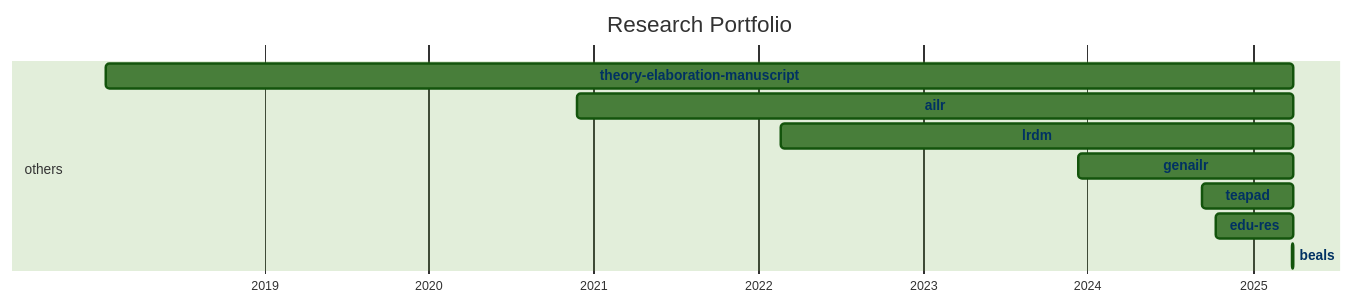
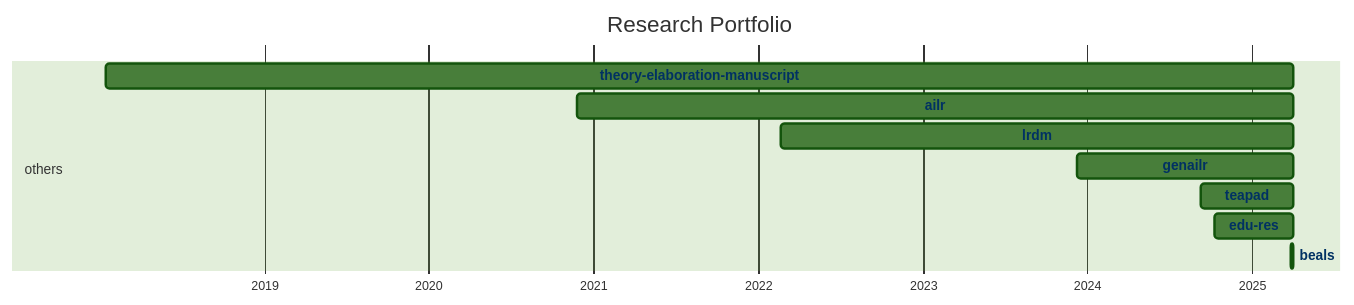
One commit to digital-work-lab/handbook changed the diagram in docs/20-research/25-projects-gantt.md. Above: the diagram before and after it, drawn with Mermaid (forest theme). The commit also changed 11 other files, not shown here.

````diff
--- a/docs/20-research/25-projects-gantt.md
+++ b/docs/20-research/25-projects-gantt.md
@@ -8,33 +8,33 @@
 ```mermaid
 ---
 displayMode: compact
 ---
 gantt
 title Research Portfolio
 dateFormat YYYY-MM-DD
 axisFormat %Y
 
     section work_practices
 
     section distributed_organizing
 
     section knowledge_synthesis
 
     section others
-        beals :beals, 2025-03-28, 2025-04-01
-        edu-res :edu-res, 2024-10-10, 2025-04-01
-        teapad :teapad, 2024-09-10, 2025-04-01
-        genailr :genailr, 2023-12-10, 2025-04-01
-        lrdm :lrdm, 2022-02-20, 2025-04-01
-        ailr :ailr, 2020-11-26, 2025-04-01
-        theory-elaboration-manuscript :theory-elaboration-manuscript, 2018-01-15, 2025-04-01
+        beals :beals, 2025-03-28, 2025-04-02
+        edu-res :edu-res, 2024-10-10, 2025-04-02
+        teapad :teapad, 2024-09-10, 2025-04-02
+        genailr :genailr, 2023-12-10, 2025-04-02
+        lrdm :lrdm, 2022-02-20, 2025-04-02
+        ailr :ailr, 2020-11-26, 2025-04-02
+        theory-elaboration-manuscript :theory-elaboration-manuscript, 2018-01-15, 2025-04-02
 
 
     click beals href "{{ site.baseurl }}/docs/20-research/25-projects/_repos/beals"
     click edu-res href "{{ site.baseurl }}/docs/20-research/25-projects/_repos/edu-res"
     click teapad href "{{ site.baseurl }}/docs/20-research/25-projects/_repos/teapad"
     click genailr href "{{ site.baseurl }}/docs/20-research/25-projects/_repos/genailr"
     click lrdm href "{{ site.baseurl }}/docs/20-research/25-projects/_repos/lrdm"
     click ailr href "{{ site.baseurl }}/docs/20-research/25-projects/_repos/ailr"
     click theory-elaboration-manuscript href "{{ site.baseurl }}/docs/20-research/25-projects/_repos/theory-elaboration-manuscript"
 ```
````
